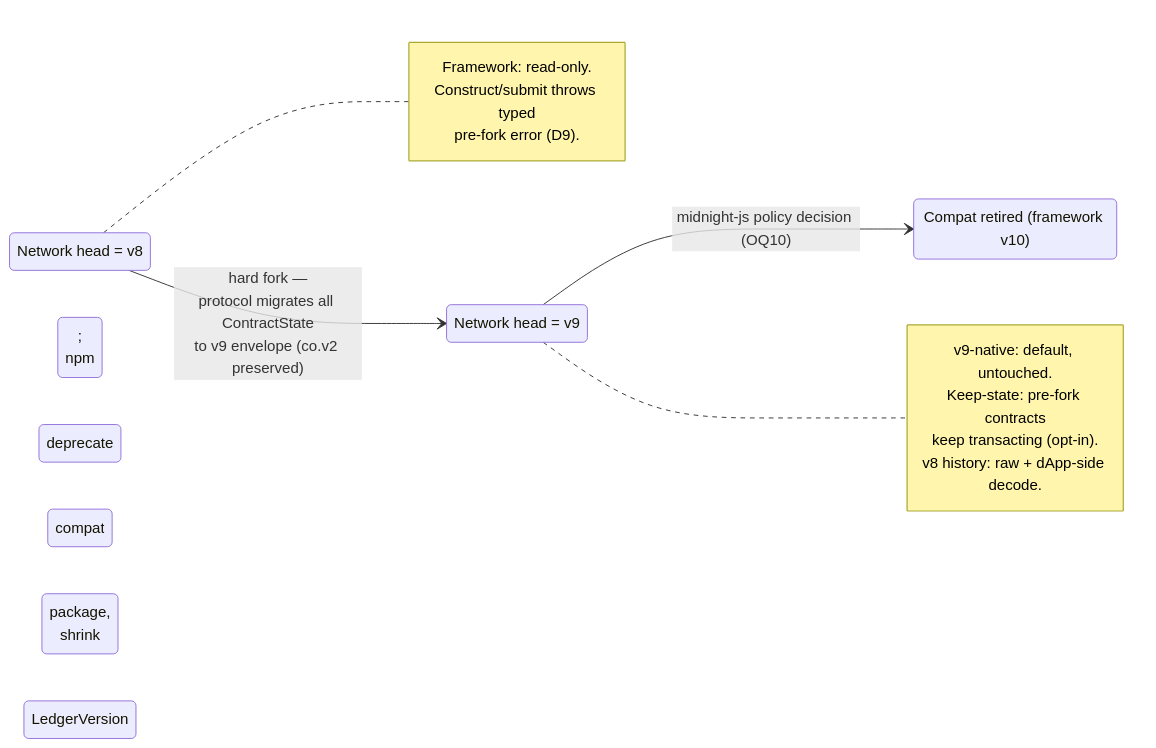
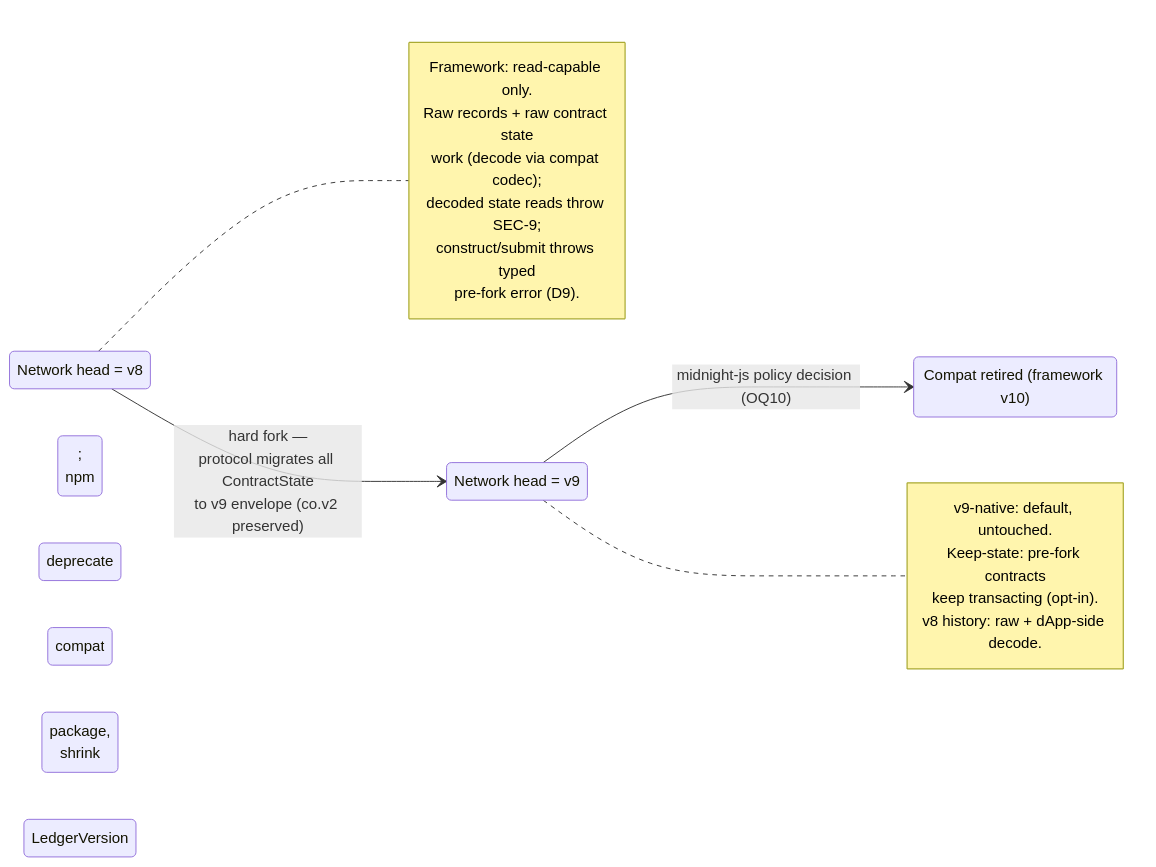
Before and after one commit to midnightntwrk/midnight-js: the eighth of 11 diagrams in docs/superpowers/architecture/2026-08-05-ledger-v8-v9-dual-support-architecture.md, drawn with Mermaid. The commit also changed other lines of this file and 1 other file, not shown here.

First line of the commit message:
docs: sync architecture doc to spec v3.6, fix mermaid render error

````diff
--- a/docs/superpowers/architecture/2026-08-05-ledger-v8-v9-dual-support-architecture.md
+++ b/docs/superpowers/architecture/2026-08-05-ledger-v8-v9-dual-support-architecture.md
@@ -352,22 +359,25 @@
 ```mermaid
 stateDiagram-v2
     direction LR
     PreFork: Network head = v8
     PostFork: Network head = v9
     Retired: Compat retired (framework v10)
 
     PreFork --> PostFork: hard fork —<br/>protocol migrates all ContractState<br/>to v9 envelope (co.v2 preserved)
     PostFork --> Retired: midnight-js policy decision (OQ10);<br/>npm deprecate compat package,<br/>shrink LedgerVersion
 
     note right of PreFork
-        Framework: read-only.
-        Construct/submit throws typed
+        Framework: read-capable only.
+        Raw records + raw contract state
+        work (decode via compat codec);
+        decoded state reads throw SEC-9;
+        construct/submit throws typed
         pre-fork error (D9).
     end note
     note right of PostFork
         v9-native: default, untouched.
         Keep-state: pre-fork contracts
         keep transacting (opt-in).
         v8 history: raw + dApp-side decode.
     end note
 ```
````
